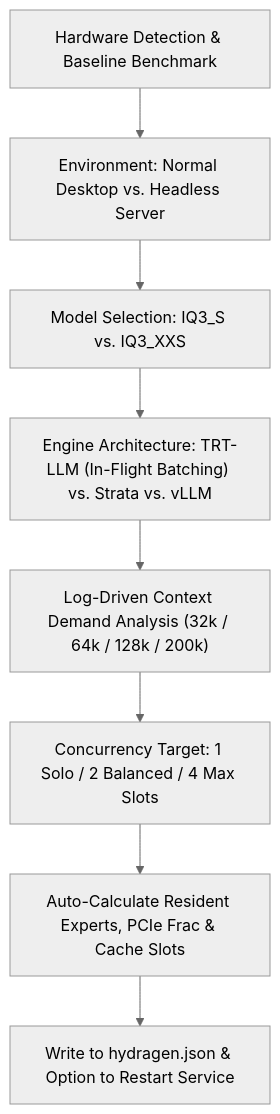
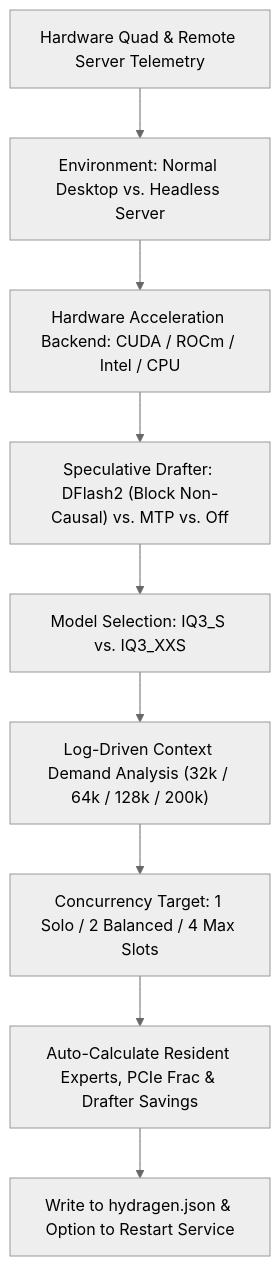
The diagram in README.md (thirteenthd/hydragen), drawn with Mermaid (neutral theme) before and after one commit. The commit also changed other lines of this file, not shown here.

Commit message:
docs(readme): document modernized 6-step tuning workflow and remote server options

````diff
--- a/README.md
+++ b/README.md
@@ -446,10 +446,11 @@
 ```mermaid
 flowchart TD
-    HW["Hardware Detection & Baseline Benchmark"] --> Mode["Environment: Normal Desktop vs. Headless Server"]
-    Mode --> Model["Model Selection: IQ3_S vs. IQ3_XXS"]
-    Model --> Engine["Engine Architecture: TRT-LLM (In-Flight Batching) vs. Strata vs. vLLM"]
-    Engine --> CTX["Log-Driven Context Demand Analysis (32k / 64k / 128k / 200k)"]
+    HW["Hardware Quad & Remote Server Telemetry"] --> Mode["Environment: Normal Desktop vs. Headless Server"]
+    Mode --> Backend["Hardware Acceleration Backend: CUDA / ROCm / Intel / CPU"]
+    Backend --> Drafter["Speculative Drafter: DFlash2 (Block Non-Causal) vs. MTP vs. Off"]
+    Drafter --> Model["Model Selection: IQ3_S vs. IQ3_XXS"]
+    Model --> CTX["Log-Driven Context Demand Analysis (32k / 64k / 128k / 200k)"]
     CTX --> Concurrency["Concurrency Target: 1 Solo / 2 Balanced / 4 Max Slots"]
-    Concurrency --> AutoTune["Auto-Calculate Resident Experts, PCIe Frac & Cache Slots"]
+    Concurrency --> AutoTune["Auto-Calculate Resident Experts, PCIe Frac & Drafter Savings"]
     AutoTune --> Apply["Write to hydragen.json & Option to Restart Service"]
 ```
````
